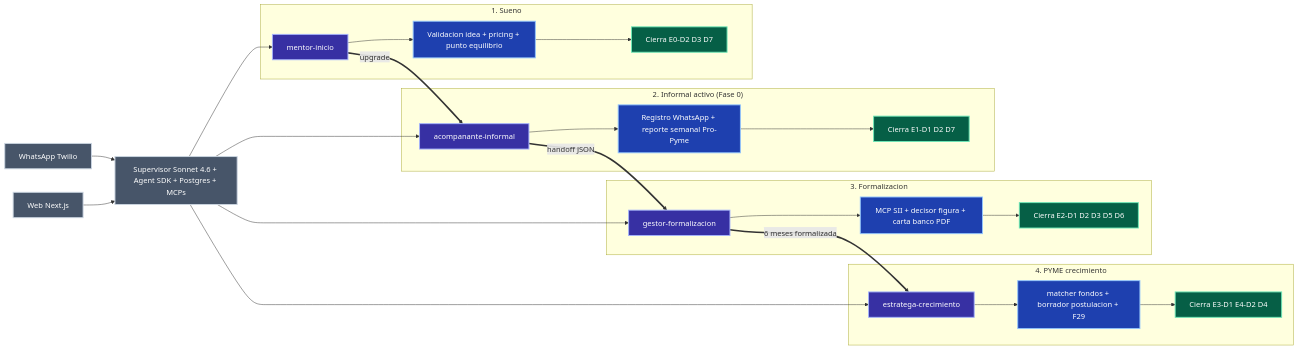
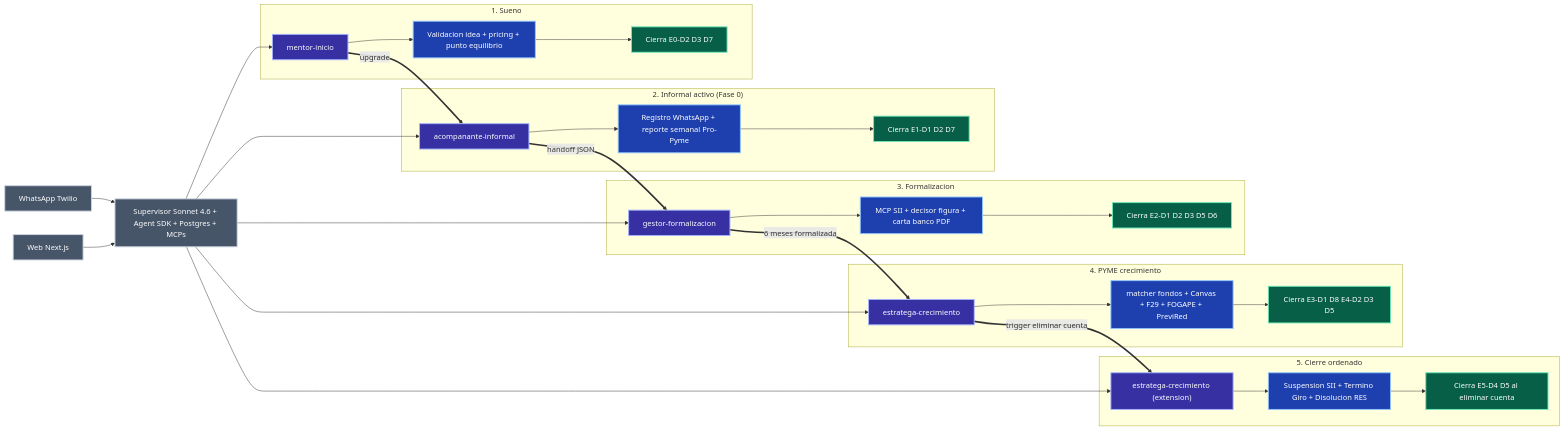
Before and after one commit to Hatt3rPi/impactlab_the_clauders: the second of 2 diagrams in docs/tu-plata-mipyme/PRD.md, drawn with Mermaid. The commit also changed other lines of this file and 9 other files, not shown here.

````diff
--- a/docs/tu-plata-mipyme/PRD.md
+++ b/docs/tu-plata-mipyme/PRD.md
@@ -179,58 +190,67 @@
 ```mermaid
 %%{init: {'securityLevel': 'loose'}}%%
 flowchart LR
     classDef agent fill:#3730a3,stroke:#a5b4fc,color:#ffffff,stroke-width:2px
     classDef tool fill:#1e40af,stroke:#93c5fd,color:#ffffff,stroke-width:2px
     classDef solved fill:#065f46,stroke:#6ee7b7,color:#ffffff,stroke-width:2px
     classDef tech fill:#475569,stroke:#cbd5e1,color:#ffffff,stroke-width:2px
 
     WA["WhatsApp Twilio"]:::tech
     WEB["Web Next.js"]:::tech
     SUP["Supervisor Sonnet 4.6 + Agent SDK + Postgres + MCPs"]:::tech
 
     subgraph E1["1. Sueno"]
         AG1["mentor-inicio"]:::agent
         T1["Validacion idea + pricing + punto equilibrio"]:::tool
         S1["Cierra E0-D2 D3 D7"]:::solved
         AG1 --> T1 --> S1
     end
 
     subgraph E2["2. Informal activo (Fase 0)"]
         AG2["acompanante-informal"]:::agent
         T2["Registro WhatsApp + reporte semanal Pro-Pyme"]:::tool
         S2["Cierra E1-D1 D2 D7"]:::solved
         AG2 --> T2 --> S2
     end
 
     subgraph E3["3. Formalizacion"]
         AG3["gestor-formalizacion"]:::agent
         T3["MCP SII + decisor figura + carta banco PDF"]:::tool
         S3["Cierra E2-D1 D2 D3 D5 D6"]:::solved
         AG3 --> T3 --> S3
     end
 
     subgraph E4["4. PYME crecimiento"]
         AG4["estratega-crecimiento"]:::agent
-        T4["matcher fondos + borrador postulacion + F29"]:::tool
-        S4["Cierra E3-D1 E4-D2 D4"]:::solved
+        T4["matcher fondos + Canvas + F29 + FOGAPE + PreviRed"]:::tool
+        S4["Cierra E3-D1 D8 E4-D2 D3 D5"]:::solved
         AG4 --> T4 --> S4
+    end
+
+    subgraph E5["5. Cierre ordenado"]
+        AG5["estratega-crecimiento (extension)"]:::agent
+        T5["Suspension SII + Termino Giro + Disolucion RES"]:::tool
+        S5["Cierra E5-D4 D5 al eliminar cuenta"]:::solved
+        AG5 --> T5 --> S5
     end
 
     WA --> SUP
     WEB --> SUP
     SUP --> AG1
     SUP --> AG2
     SUP --> AG3
     SUP --> AG4
+    SUP --> AG5
 
     AG1 ==>|"upgrade"| AG2
     AG2 ==>|"handoff JSON"| AG3
     AG3 ==>|"6 meses formalizada"| AG4
+    AG4 ==>|"trigger eliminar cuenta"| AG5
 
     click E1 "https://theclauders.netlify.app/tu-plata-mipyme/plan/#etapa-1-sueno-free" "Etapa Sueno" _blank
     click E2 "https://theclauders.netlify.app/tu-plata-mipyme/plan/#etapa-2-informal-activo-free" "Etapa Informal" _blank
     click E3 "https://theclauders.netlify.app/tu-plata-mipyme/plan/#etapa-3-en-formalizacion-pro" "Etapa Formalizacion" _blank
     click E4 "https://theclauders.netlify.app/tu-plata-mipyme/plan/#etapa-4-pyme-en-crecimiento-plus-marketplace" "Etapa PYME" _blank
     click SUP "https://theclauders.netlify.app/tu-plata-mipyme/plan/#42-componentes-y-tecnologia" "Stack en plan.md" _blank
     click WA "https://theclauders.netlify.app/tu-plata-mipyme/especificaciones/adrs/0004-whatsapp-first-freemium-multiagente/" "ADR-0004" _blank
 ```
````
